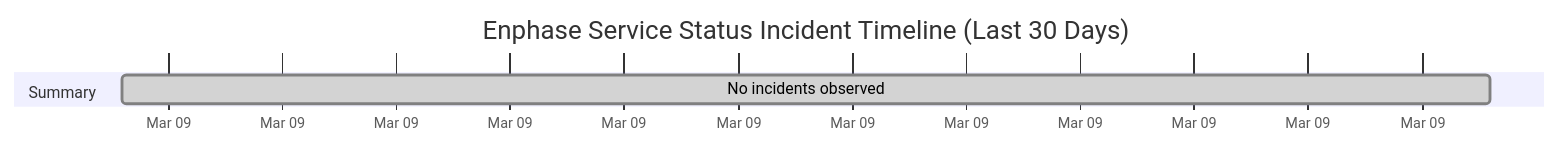
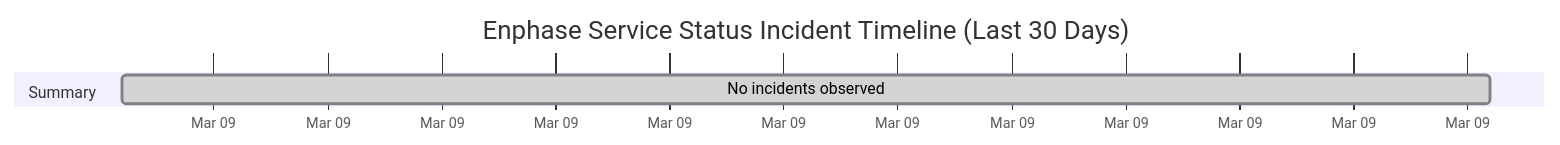
Before and after one commit to barneyonline/ha-enphase-ev-charger: the diagram in wiki/Service-Status-History.md, drawn with Mermaid. The commit also changed other lines of this file and 3 other files, not shown here.

````diff
--- a/wiki/Service-Status-History.md
+++ b/wiki/Service-Status-History.md
@@ -14,8 +14,8 @@
 ```mermaid
 gantt
     title Enphase Service Status Incident Timeline (Last 30 Days)
     dateFormat  YYYY-MM-DDTHH:mm:ss
     axisFormat  %b %d
     section Summary
-    No incidents observed :done, 2026-03-09T12:38:43, 1m
+    No incidents observed :done, 2026-03-09T13:59:21, 1m
 ```
````
